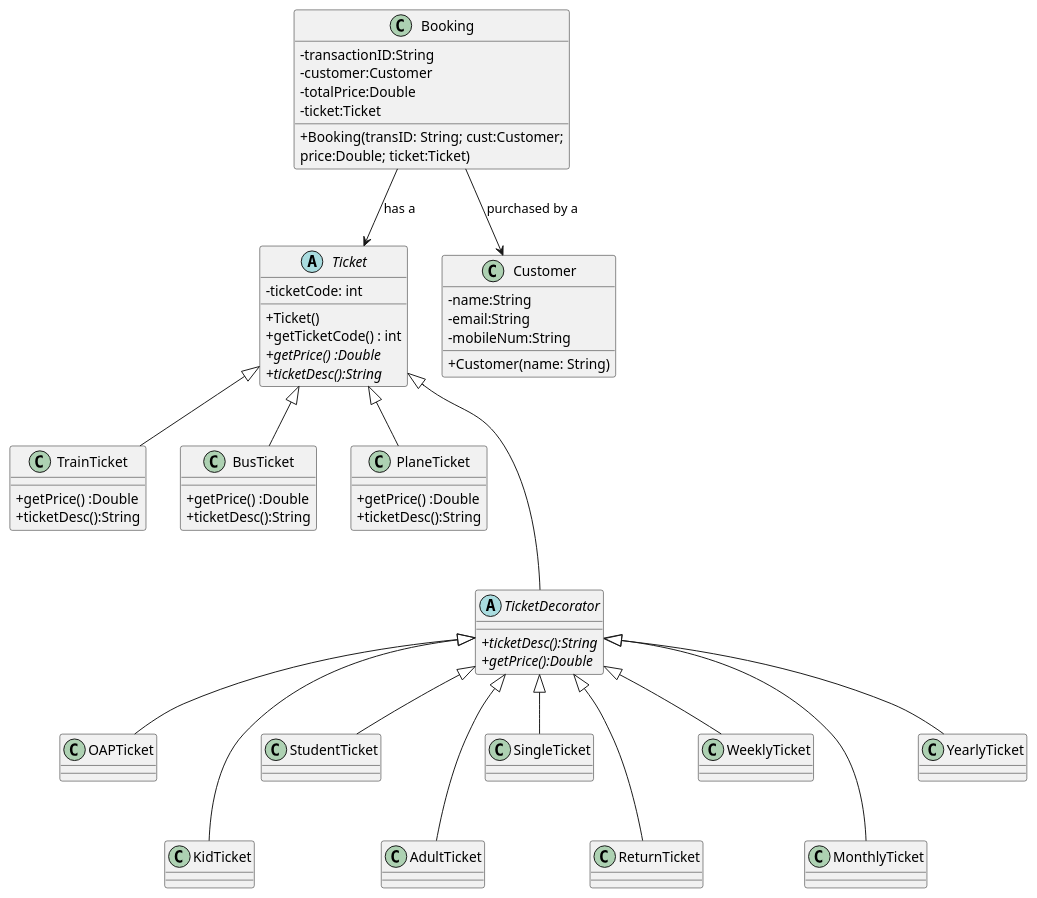
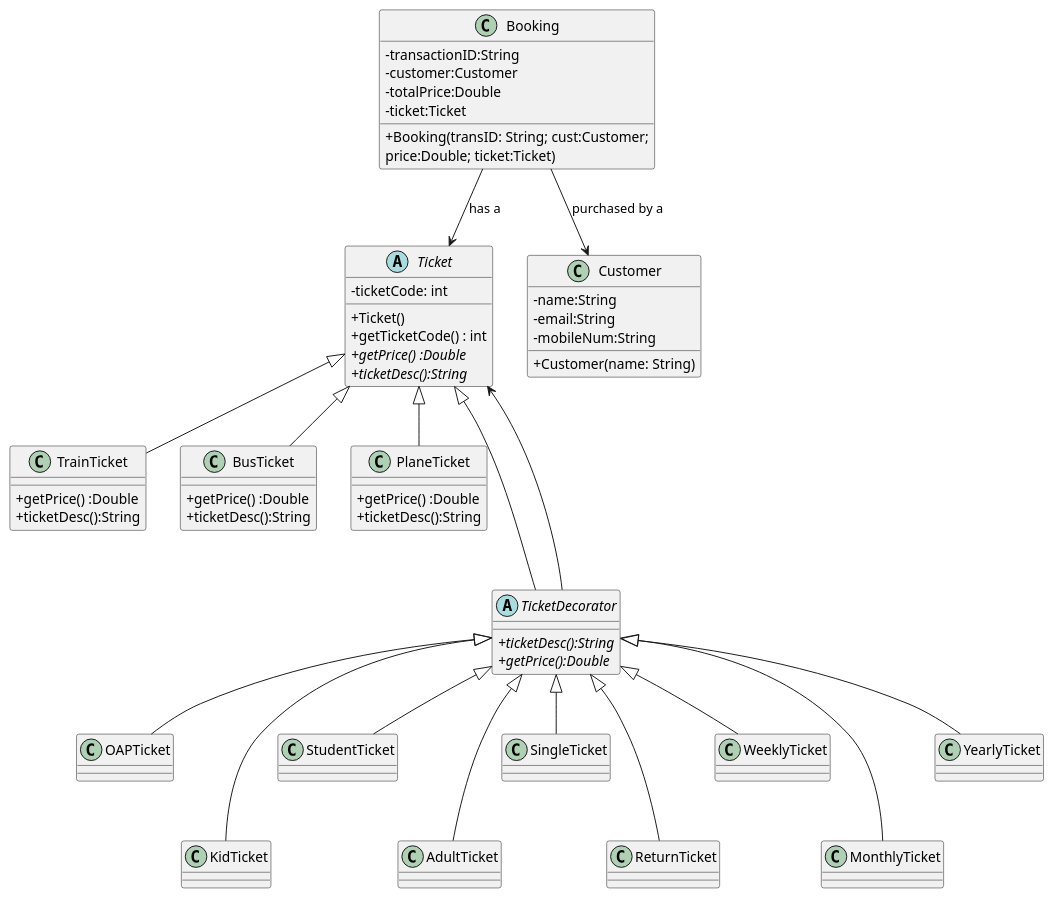
Before and after one commit to emilyswitzer/JavaJumpGame: the diagram in images/Decorator2.puml, drawn with PlantUML. The commit also changed 95 other files, not shown here.

Commit message:
Grammar fixes and naming fixes. UML Class diagrams also altered to accommodate the changes

```diff
--- a/images/Decorator2.puml
+++ b/images/Decorator2.puml
@@ -1,71 +1,71 @@
 @startuml
 skinparam classAttributeIconSize 0
 abstract class Ticket{
 -ticketCode: int
 
 +Ticket()
 +getTicketCode() : int
 +{abstract}getPrice() :Double
 +{abstract} ticketDesc():String
 
 }
 class TrainTicket{
 +getPrice() :Double
 +ticketDesc():String
 }
 
 class BusTicket{
 +getPrice() :Double
 +ticketDesc():String
 }
 
 class PlaneTicket{
 +getPrice() :Double
 +ticketDesc():String
 }
 
 abstract class TicketDecorator{
 +{abstract} ticketDesc():String
 +{abstract} getPrice():Double
 }
 
 class Customer{
 -name:String
 -email:String
 -mobileNum:String
 +Customer(name: String)
 }
 
 class Booking{
 -transactionID:String
 -customer:Customer
 -totalPrice:Double
 -ticket:Ticket
 +Booking(transID: String; cust:Customer;
  price:Double; ticket:Ticket)
 }
 
 Booking --> Ticket : has a
 Booking --> Customer : purchased by a
 
 Ticket <|-- BusTicket
 Ticket <|-- TrainTicket
 Ticket <|-- PlaneTicket
 Ticket <|--- TicketDecorator
 TicketDecorator <|-- OAPTicket
 TicketDecorator <|--- KidTicket
 TicketDecorator <|-- StudentTicket
 TicketDecorator <|--- AdultTicket
 TicketDecorator <|-- SingleTicket
 TicketDecorator <|--- ReturnTicket
 TicketDecorator <|-- WeeklyTicket
 TicketDecorator <|--- MonthlyTicket
 TicketDecorator <|-- YearlyTicket
-
+TicketDecorator --> Ticket
 
 
 
 
 
 
 @enduml
```
